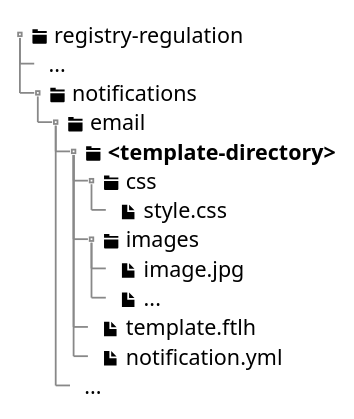
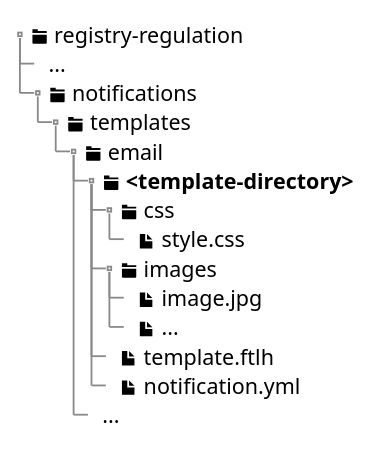
Before and after one commit to epam/edp-ddm-architecture: the diagram in modules/tech/partials/lowcode/notifications/email/email-notification-structure.puml, drawn with PlantUML. The commit also changed 3 other files, not shown here.

```diff
--- a/modules/tech/partials/lowcode/notifications/email/email-notification-structure.puml
+++ b/modules/tech/partials/lowcode/notifications/email/email-notification-structure.puml
@@ -1,19 +1,20 @@
 @startsalt
 {
 {T
 + <&folder> registry-regulation
 ++ ...
 ++ <&folder> notifications
-+++ <&folder> email
-++++ <&folder> <b><template-directory></b>
-+++++ <&folder> css
-++++++ <&file> style.css
-+++++ <&folder> images
-++++++ <&file> image.jpg
-++++++ <&file> ...
-+++++ <&file> template.ftlh
-+++++ <&file> notification.yml
-++++ ...
++++ <&folder> templates
+++++ <&folder> email
++++++ <&folder> <b><template-directory></b>
+++++++ <&folder> css
++++++++ <&file> style.css
+++++++ <&folder> images
++++++++ <&file> image.jpg
++++++++ <&file> ...
+++++++ <&file> template.ftlh
+++++++ <&file> notification.yml
++++++ ...
 }
 }
 @endsalt
```
